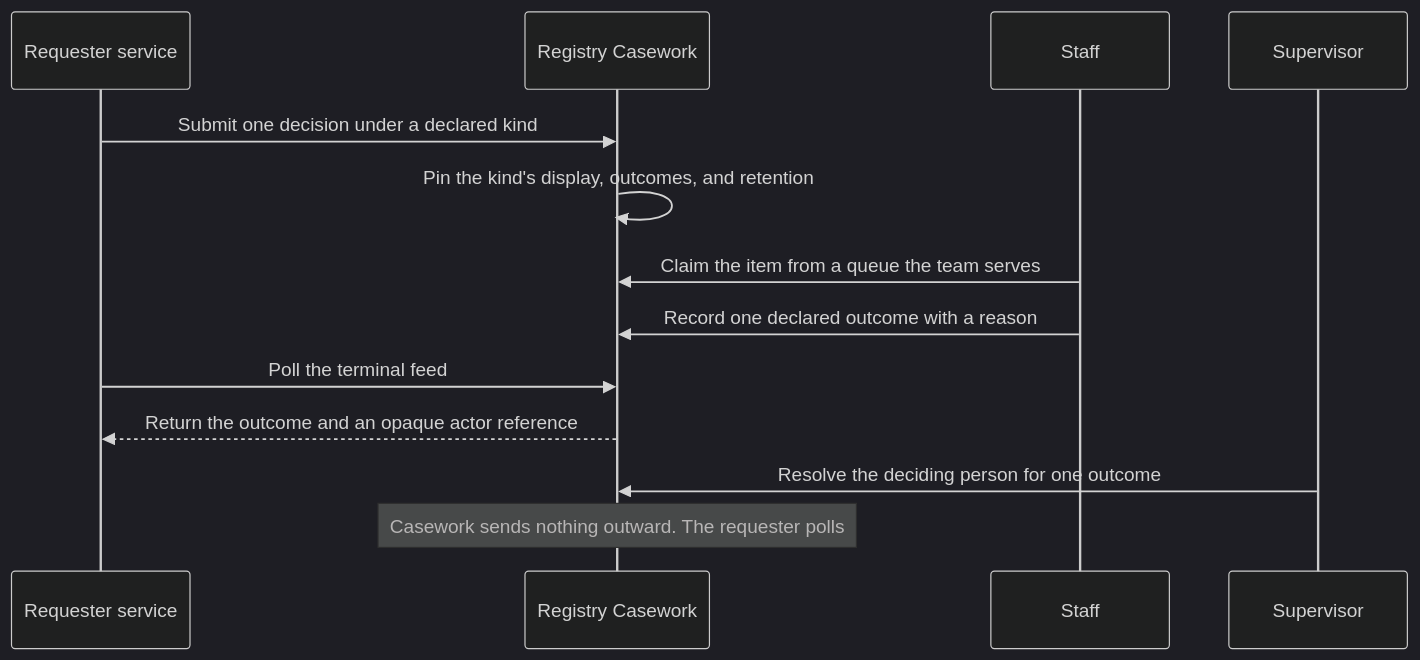
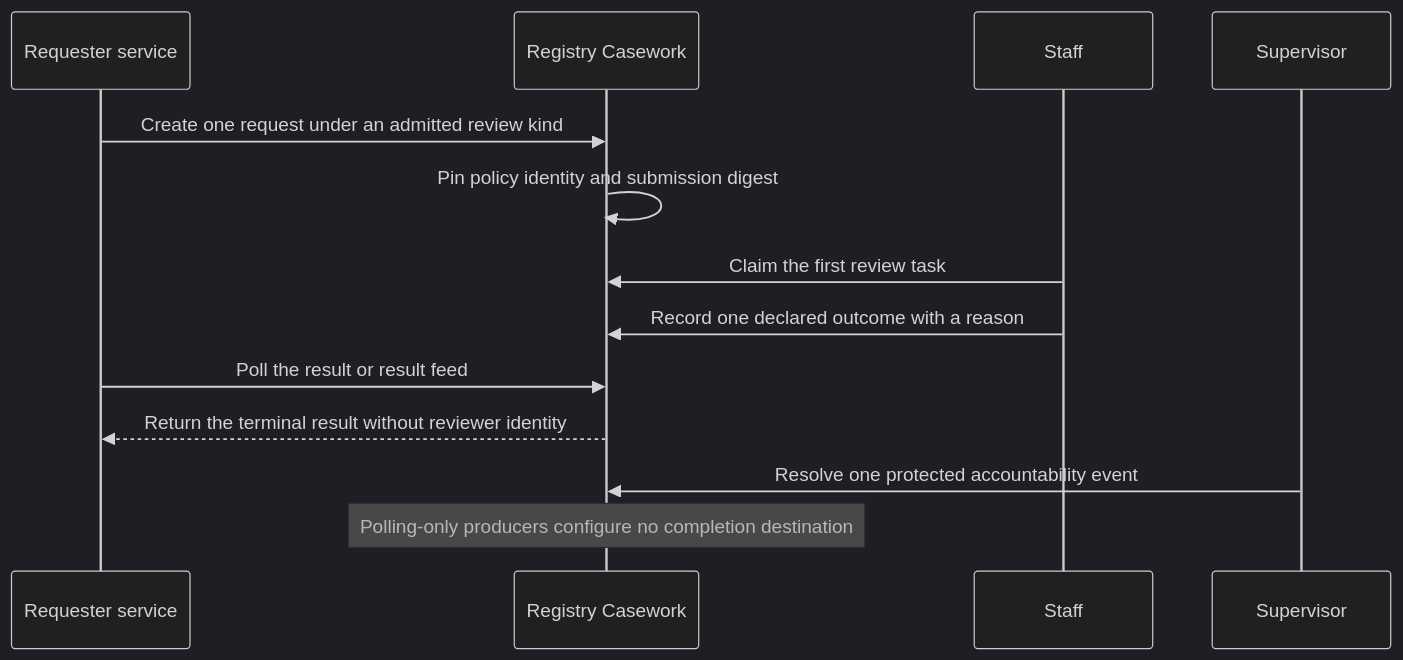
Before and after one commit to registrystack/registry-stack: the diagram in docs/site/src/content/docs/start/casework.mdx, drawn with Mermaid (dark theme). The commit also changed other lines of this file and 240 other files, not shown here.

````diff
--- a/docs/site/src/content/docs/start/casework.mdx
+++ b/docs/site/src/content/docs/start/casework.mdx
@@ -36,16 +36,16 @@
 ```mermaid
 sequenceDiagram
     participant R as Requester service
     participant C as Registry Casework
     participant S as Staff
     participant V as Supervisor
 
-    R->>C: Submit one decision under a declared kind
-    C->>C: Pin the kind's display, outcomes, and retention
-    S->>C: Claim the item from a queue the team serves
+    R->>C: Create one request under an admitted review kind
+    C->>C: Pin policy identity and submission digest
+    S->>C: Claim the first review task
     S->>C: Record one declared outcome with a reason
-    R->>C: Poll the terminal feed
-    C-->>R: Return the outcome and an opaque actor reference
-    V->>C: Resolve the deciding person for one outcome
-    Note over C: Casework sends nothing outward. The requester polls
+    R->>C: Poll the result or result feed
+    C-->>R: Return the terminal result without reviewer identity
+    V->>C: Resolve one protected accountability event
+    Note over C: Polling-only producers configure no completion destination
 ```
````
